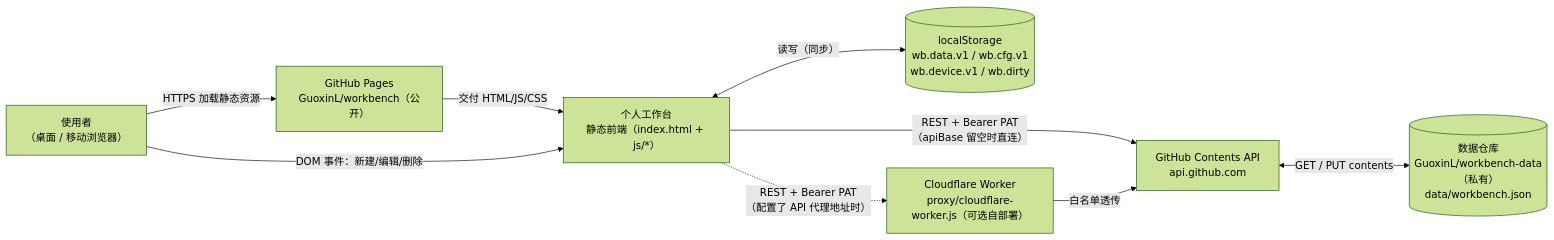
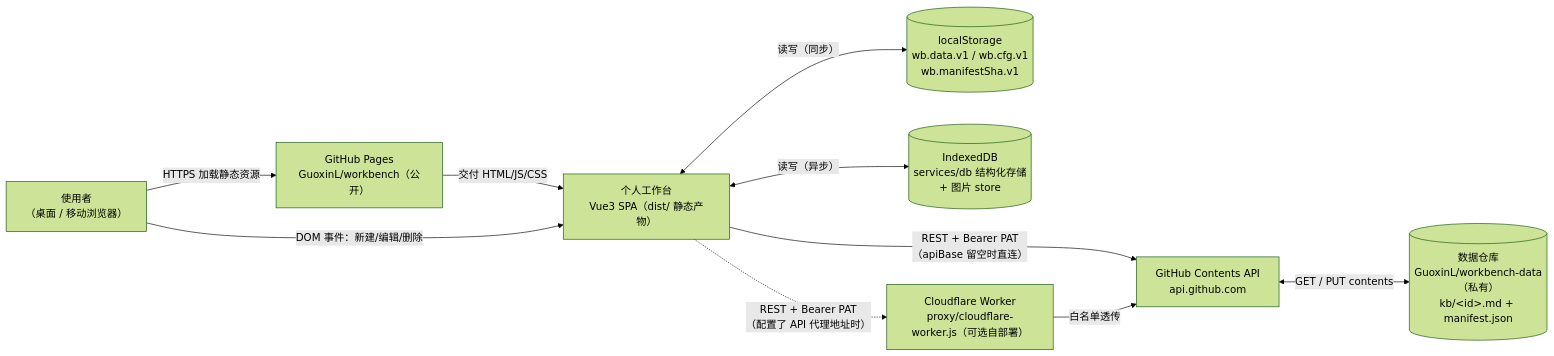
One commit to GuoxinL/workbench changed the first of 5 diagrams in .harness/docs/architecture.md. Above: the diagram before and after it, drawn with Mermaid (forest theme). The commit also changed other lines of this file and 27 other files, not shown here.

````diff
--- a/.harness/docs/architecture.md
+++ b/.harness/docs/architecture.md
@@ -34,19 +34,21 @@
 ```mermaid
 flowchart LR
     User["使用者<br/>（桌面 / 移动浏览器）"]
-    App["个人工作台<br/>静态前端（index.html + js/*）"]
-    LS[("localStorage<br/>wb.data.v1 / wb.cfg.v1<br/>wb.device.v1 / wb.dirty")]
+    App["个人工作台<br/>Vue3 SPA（dist/ 静态产物）"]
+    LS[("localStorage<br/>wb.data.v1 / wb.cfg.v1<br/>wb.manifestSha.v1")]
+    IDB[("IndexedDB<br/>services/db 结构化存储<br/>+ 图片 store")]
     Pages["GitHub Pages<br/>GuoxinL/workbench（公开）"]
     Worker["Cloudflare Worker<br/>proxy/cloudflare-worker.js（可选自部署）"]
     GH["GitHub Contents API<br/>api.github.com"]
-    DataRepo[("数据仓库<br/>GuoxinL/workbench-data（私有）<br/>data/workbench.json")]
+    DataRepo[("数据仓库<br/>GuoxinL/workbench-data（私有）<br/>kb/&lt;id&gt;.md + manifest.json")]
 
     User -->|"HTTPS 加载静态资源"| Pages
     Pages -->|"交付 HTML/JS/CSS"| App
     User -->|"DOM 事件：新建/编辑/删除"| App
     App <-->|"读写（同步）"| LS
+    App <-->|"读写（异步）"| IDB
     App -->|"REST + Bearer PAT<br/>（apiBase 留空时直连）"| GH
     App -.->|"REST + Bearer PAT<br/>（配置了 API 代理地址时）"| Worker
     Worker -->|"白名单透传"| GH
     GH <-->|"GET / PUT contents"| DataRepo
 ```
````
